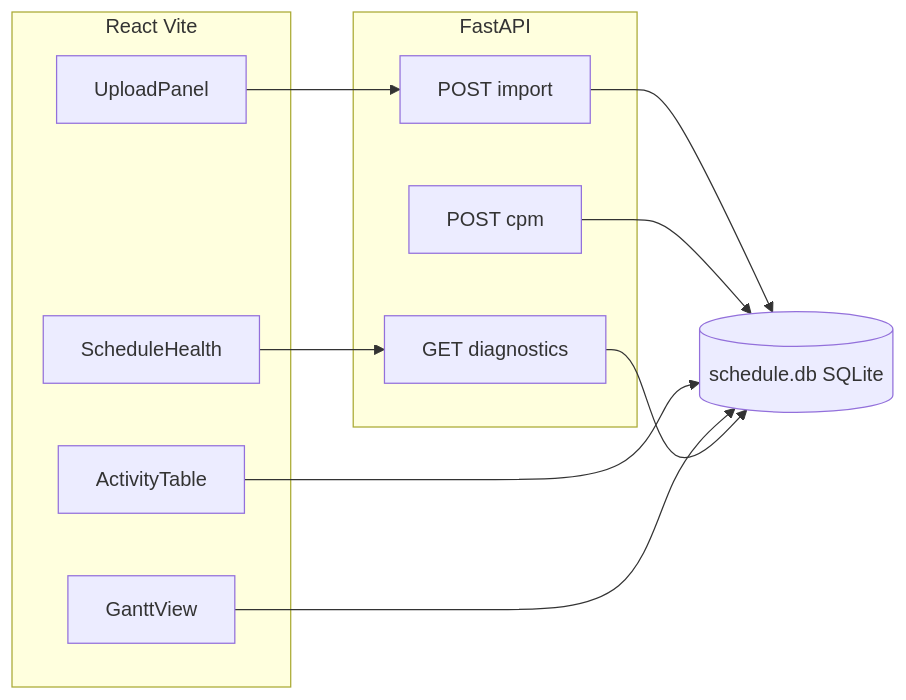
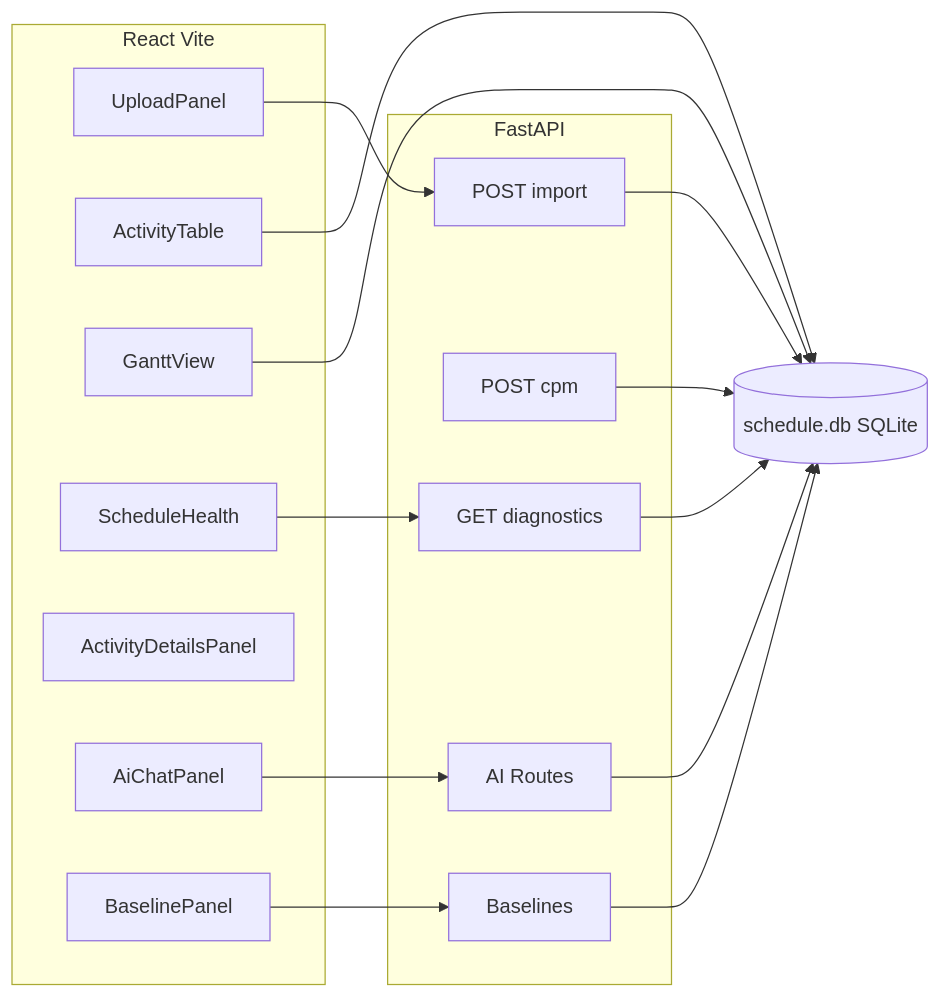
Before and after one commit to xZAINxx/AI_BaselineCPM: the diagram in README.md, drawn with Mermaid. The commit also changed other lines of this file and 27 other files, not shown here.

````diff
--- a/README.md
+++ b/README.md
@@ -7,22 +7,31 @@
 ```mermaid
 flowchart LR
   subgraph ui [React Vite]
     UP[UploadPanel]
     AT[ActivityTable]
     GV[GanttView]
     SH[ScheduleHealth]
+    ADP[ActivityDetailsPanel]
+    AIC[AiChatPanel]
+    BLP[BaselinePanel]
   end
   subgraph api [FastAPI]
     IM[POST import]
     CP[POST cpm]
     DX[GET diagnostics]
+    AI[AI Routes]
+    BL[Baselines]
   end
   DB[(schedule.db SQLite)]
   UP --> IM
   IM --> DB
   CP --> DB
   AT --> DB
   GV --> DB
   SH --> DX
   DX --> DB
+  AIC --> AI
+  AI --> DB
+  BLP --> BL
+  BL --> DB
 ```
````
